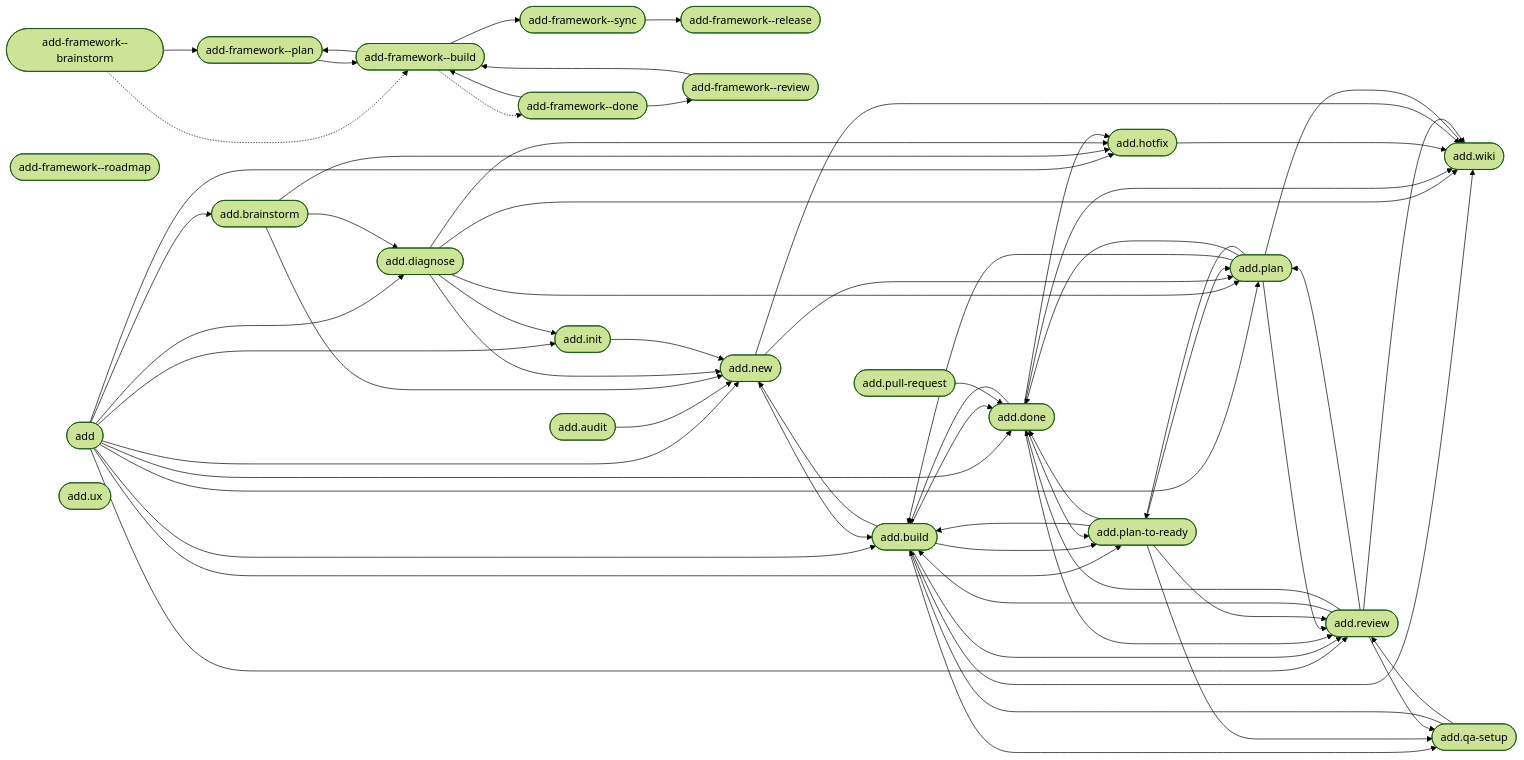
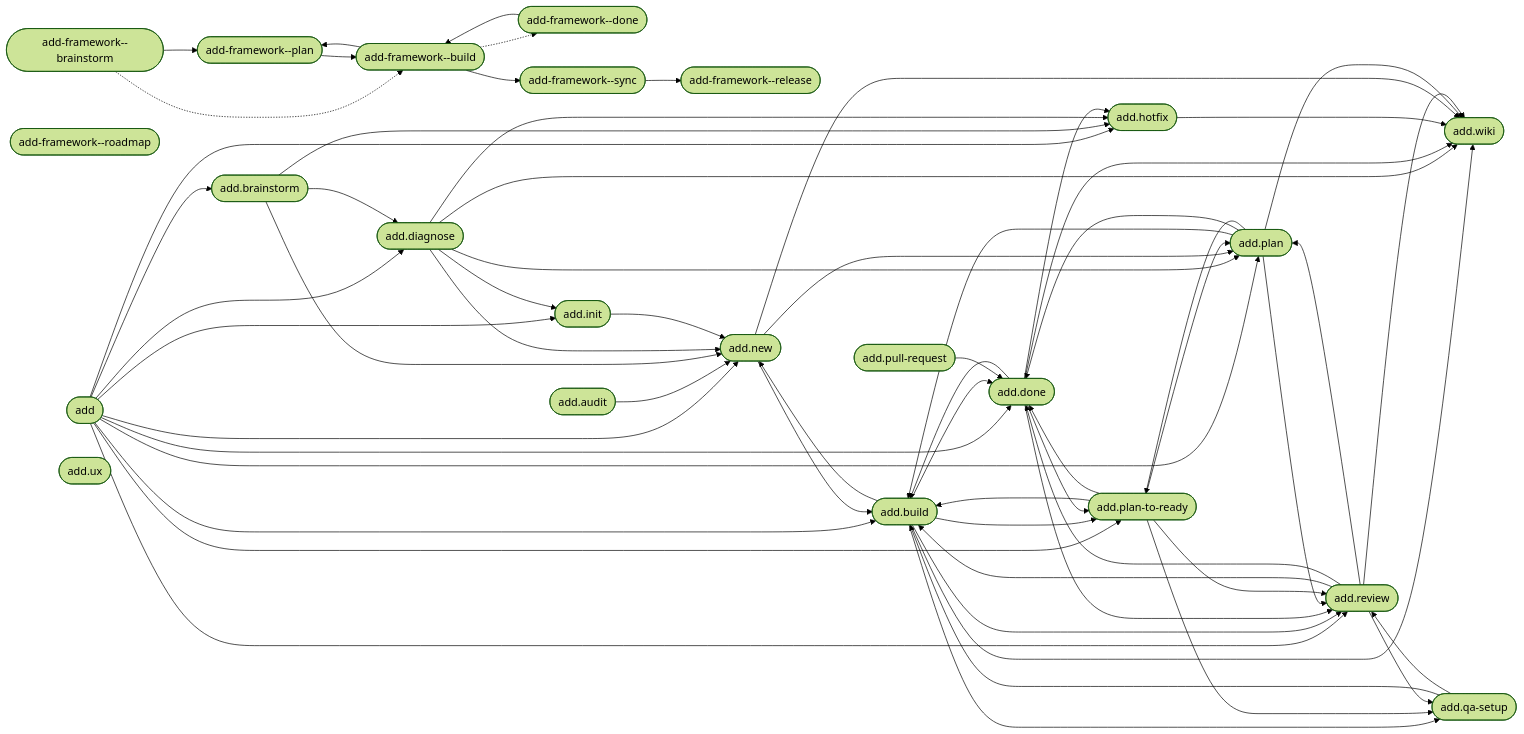
Before and after one commit to brabos-ai/code-addiction: the diagram in web/public/artefact-graph.mmd, drawn with Mermaid (forest theme). The commit also changed 20 other files, not shown here.

First line of the commit message:
refactor(internal): review, reshaped — one pass, no loops (#46)

```diff
--- a/web/public/artefact-graph.mmd
+++ b/web/public/artefact-graph.mmd
@@ -1,88 +1,85 @@
 flowchart LR
     n_internal_command_add_framework__brainstorm(["add-framework--brainstorm"])
     n_internal_command_add_framework__build(["add-framework--build"])
     n_internal_command_add_framework__done(["add-framework--done"])
     n_internal_command_add_framework__plan(["add-framework--plan"])
     n_internal_command_add_framework__release(["add-framework--release"])
-    n_internal_command_add_framework__review(["add-framework--review"])
     n_internal_command_add_framework__roadmap(["add-framework--roadmap"])
     n_internal_command_add_framework__sync(["add-framework--sync"])
     n_product_command_add(["add"])
     n_product_command_add_audit(["add.audit"])
     n_product_command_add_brainstorm(["add.brainstorm"])
     n_product_command_add_build(["add.build"])
     n_product_command_add_diagnose(["add.diagnose"])
     n_product_command_add_done(["add.done"])
     n_product_command_add_hotfix(["add.hotfix"])
     n_product_command_add_init(["add.init"])
     n_product_command_add_new(["add.new"])
     n_product_command_add_plan(["add.plan"])
     n_product_command_add_plan_to_ready(["add.plan-to-ready"])
     n_product_command_add_pull_request(["add.pull-request"])
     n_product_command_add_qa_setup(["add.qa-setup"])
     n_product_command_add_review(["add.review"])
     n_product_command_add_ux(["add.ux"])
     n_product_command_add_wiki(["add.wiki"])
     n_internal_command_add_framework__brainstorm --> n_internal_command_add_framework__plan
     n_internal_command_add_framework__brainstorm -.-> n_internal_command_add_framework__build
     n_internal_command_add_framework__build --> n_internal_command_add_framework__plan
     n_internal_command_add_framework__build --> n_internal_command_add_framework__sync
     n_internal_command_add_framework__build -.-> n_internal_command_add_framework__done
     n_internal_command_add_framework__done --> n_internal_command_add_framework__build
-    n_internal_command_add_framework__done --> n_internal_command_add_framework__review
     n_internal_command_add_framework__plan --> n_internal_command_add_framework__build
-    n_internal_command_add_framework__review --> n_internal_command_add_framework__build
     n_internal_command_add_framework__sync --> n_internal_command_add_framework__release
     n_product_command_add --> n_product_command_add_brainstorm
     n_product_command_add --> n_product_command_add_build
     n_product_command_add --> n_product_command_add_diagnose
     n_product_command_add --> n_product_command_add_done
     n_product_command_add --> n_product_command_add_hotfix
     n_product_command_add --> n_product_command_add_init
     n_product_command_add --> n_product_command_add_new
     n_product_command_add --> n_product_command_add_plan
     n_product_command_add --> n_product_command_add_plan_to_ready
     n_product_command_add --> n_product_command_add_review
     n_product_command_add_audit --> n_product_command_add_new
     n_product_command_add_brainstorm --> n_product_command_add_diagnose
     n_product_command_add_brainstorm --> n_product_command_add_hotfix
     n_product_command_add_brainstorm --> n_product_command_add_new
     n_product_command_add_build --> n_product_command_add_done
     n_product_command_add_build --> n_product_command_add_new
     n_product_command_add_build --> n_product_command_add_plan_to_ready
     n_product_command_add_build --> n_product_command_add_qa_setup
     n_product_command_add_build --> n_product_command_add_review
     n_product_command_add_build --> n_product_command_add_wiki
     n_product_command_add_diagnose --> n_product_command_add_hotfix
     n_product_command_add_diagnose --> n_product_command_add_init
     n_product_command_add_diagnose --> n_product_command_add_new
     n_product_command_add_diagnose --> n_product_command_add_plan
     n_product_command_add_diagnose --> n_product_command_add_wiki
     n_product_command_add_done --> n_product_command_add_build
     n_product_command_add_done --> n_product_command_add_hotfix
     n_product_command_add_done --> n_product_command_add_plan_to_ready
     n_product_command_add_done --> n_product_command_add_review
     n_product_command_add_done --> n_product_command_add_wiki
     n_product_command_add_hotfix --> n_product_command_add_wiki
     n_product_command_add_init --> n_product_command_add_new
     n_product_command_add_new --> n_product_command_add_build
     n_product_command_add_new --> n_product_command_add_plan
     n_product_command_add_new --> n_product_command_add_wiki
     n_product_command_add_plan --> n_product_command_add_build
     n_product_command_add_plan --> n_product_command_add_done
     n_product_command_add_plan --> n_product_command_add_plan_to_ready
     n_product_command_add_plan --> n_product_command_add_review
     n_product_command_add_plan --> n_product_command_add_wiki
     n_product_command_add_plan_to_ready --> n_product_command_add_build
     n_product_command_add_plan_to_ready --> n_product_command_add_done
     n_product_command_add_plan_to_ready --> n_product_command_add_plan
     n_product_command_add_plan_to_ready --> n_product_command_add_qa_setup
     n_product_command_add_plan_to_ready --> n_product_command_add_review
     n_product_command_add_pull_request --> n_product_command_add_done
     n_product_command_add_qa_setup --> n_product_command_add_build
     n_product_command_add_qa_setup --> n_product_command_add_review
     n_product_command_add_review --> n_product_command_add_build
     n_product_command_add_review --> n_product_command_add_done
     n_product_command_add_review --> n_product_command_add_plan
     n_product_command_add_review --> n_product_command_add_qa_setup
     n_product_command_add_review --> n_product_command_add_wiki
```
